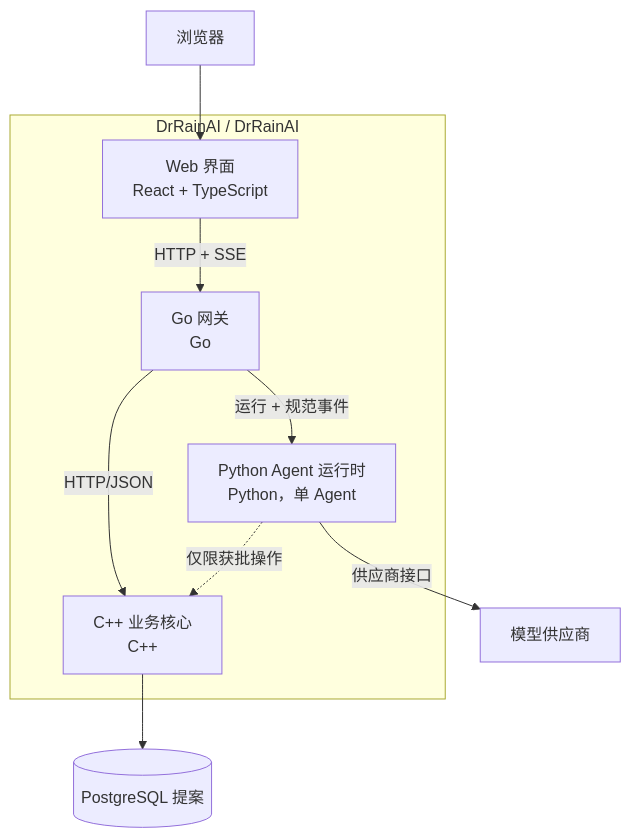
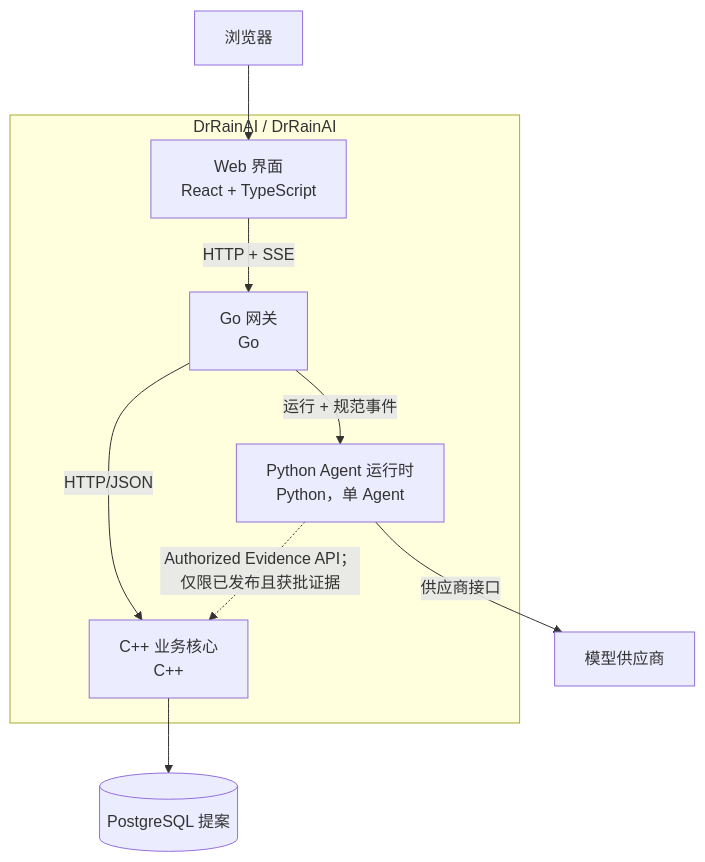
Before and after one commit to Rain0832/DrRainAI: the diagram in docs/diagrams/container-architecture.mmd, drawn with Mermaid. The commit also changed 28 other files, not shown here.

```diff
--- a/docs/diagrams/container-architecture.mmd
+++ b/docs/diagrams/container-architecture.mmd
@@ -1,16 +1,16 @@
 flowchart TB
     browser[浏览器]
     subgraph app[DrRainAI / DrRainAI]
         web[Web 界面\nReact + TypeScript]
         gateway[Go 网关\nGo]
         core[C++ 业务核心\nC++]
         agent[Python Agent 运行时\nPython，单 Agent]
     end
     db[(PostgreSQL 提案)]
     provider[模型供应商]
     browser --> web -->|HTTP + SSE| gateway
     gateway -->|HTTP/JSON| core
     gateway -->|运行 + 规范事件| agent
     core --> db
     agent -->|供应商接口| provider
-    agent -.->|仅限获批操作| core
+    agent -.->|Authorized Evidence API；仅限已发布且获批证据| core
```
